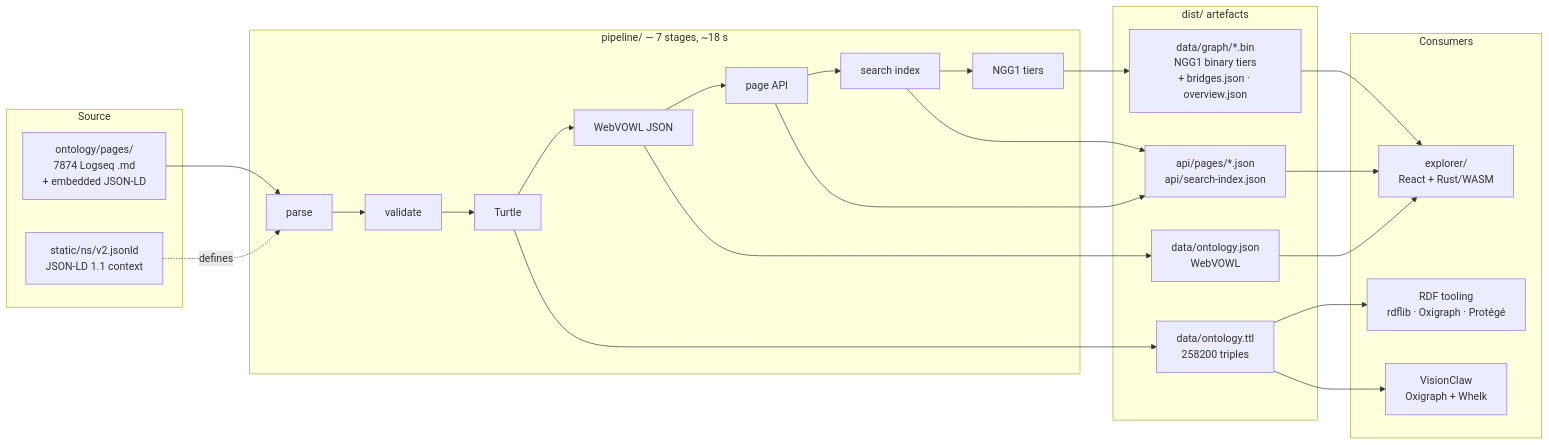
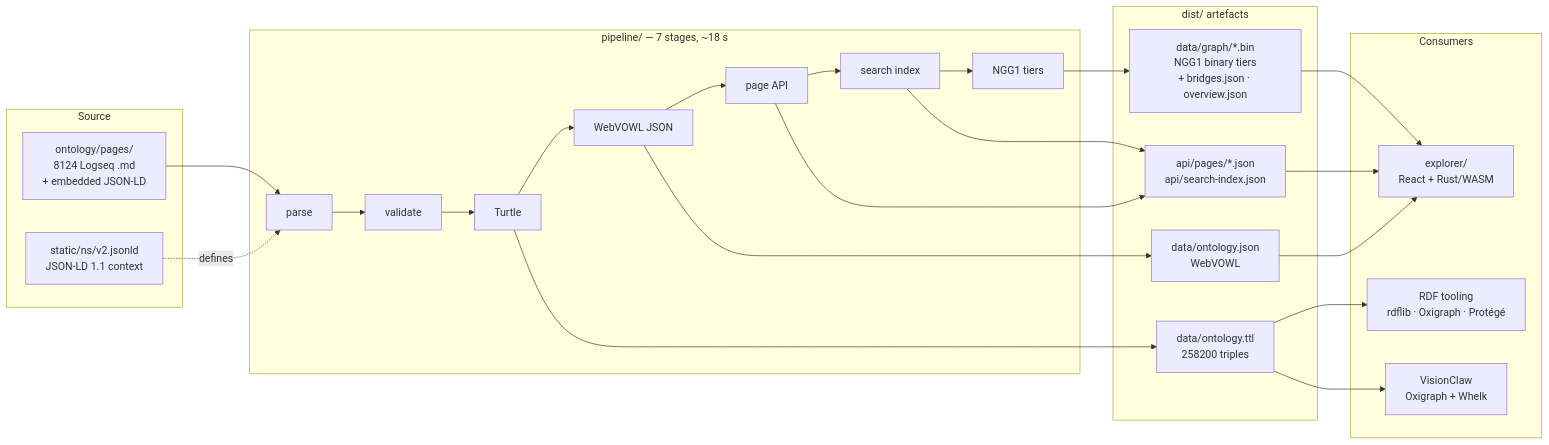
The diagram in README.md (DreamLab-AI/knowledgeGraph), drawn with Mermaid before and after one commit. The commit also changed other lines of this file and 271 other files, not shown here.

````diff
--- a/README.md
+++ b/README.md
@@ -147,39 +147,39 @@
 ```mermaid
 flowchart LR
     subgraph source["Source"]
-        md["ontology/pages/<br/>7874 Logseq .md<br/>+ embedded JSON-LD"]
+        md["ontology/pages/<br/>8124 Logseq .md<br/>+ embedded JSON-LD"]
         ctx["static/ns/v2.jsonld<br/>JSON-LD 1.1 context"]
     end
 
     subgraph pipe["pipeline/ — 7 stages, ~18 s"]
         p1["parse"] --> p2["validate"] --> p3["Turtle"]
         p3 --> p4["WebVOWL JSON"] --> p5["page API"]
         p5 --> p6["search index"] --> p7["NGG1 tiers"]
     end
 
     subgraph art["dist/ artefacts"]
         ttl["data/ontology.ttl<br/>258200 triples"]
         vowl["data/ontology.json<br/>WebVOWL"]
         bin["data/graph/*.bin<br/>NGG1 binary tiers<br/>+ bridges.json · overview.json"]
         api["api/pages/*.json<br/>api/search-index.json"]
     end
 
     subgraph cons["Consumers"]
         rdf["RDF tooling<br/>rdflib · Oxigraph · Protégé"]
         exp["explorer/<br/>React + Rust/WASM"]
         vc["VisionClaw<br/>Oxigraph + Whelk"]
     end
 
     md --> p1
     ctx -.defines.-> p1
     p3 --> ttl
     p4 --> vowl
     p7 --> bin
     p5 --> api
     p6 --> api
     ttl --> rdf
     ttl --> vc
     bin --> exp
     api --> exp
     vowl --> exp
 ```
````
